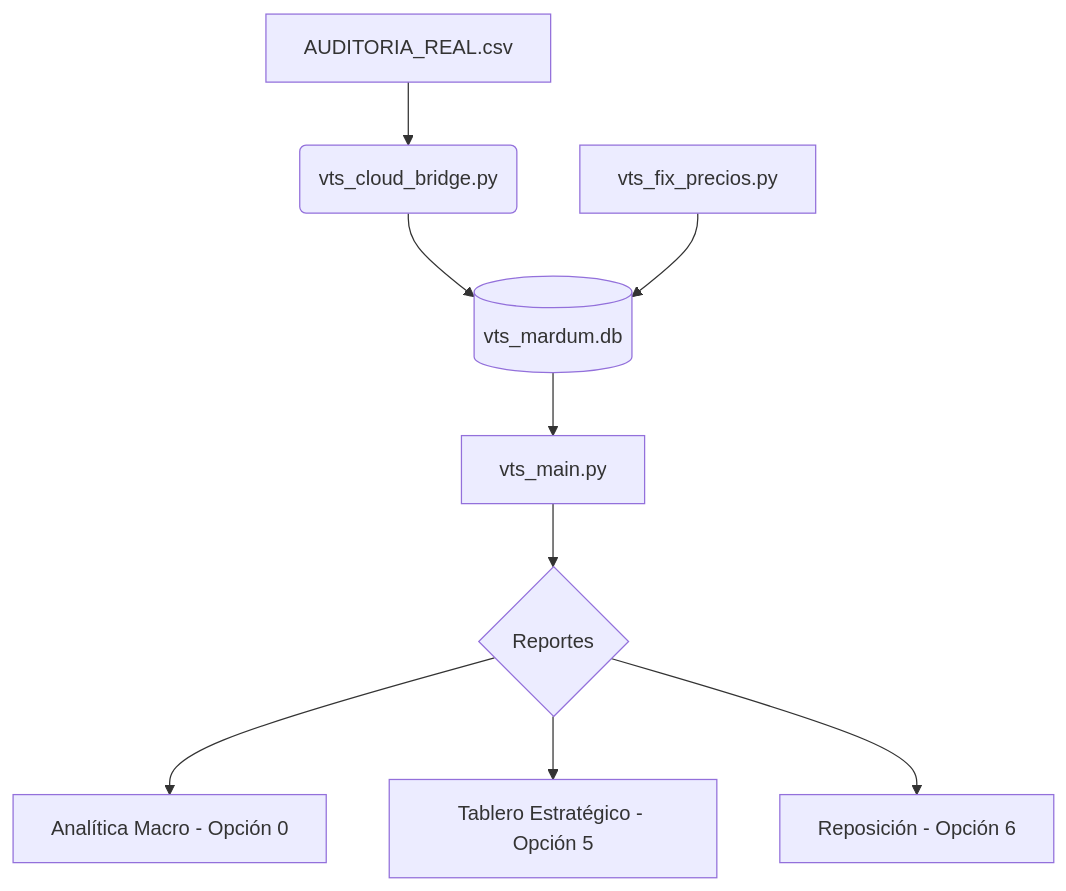
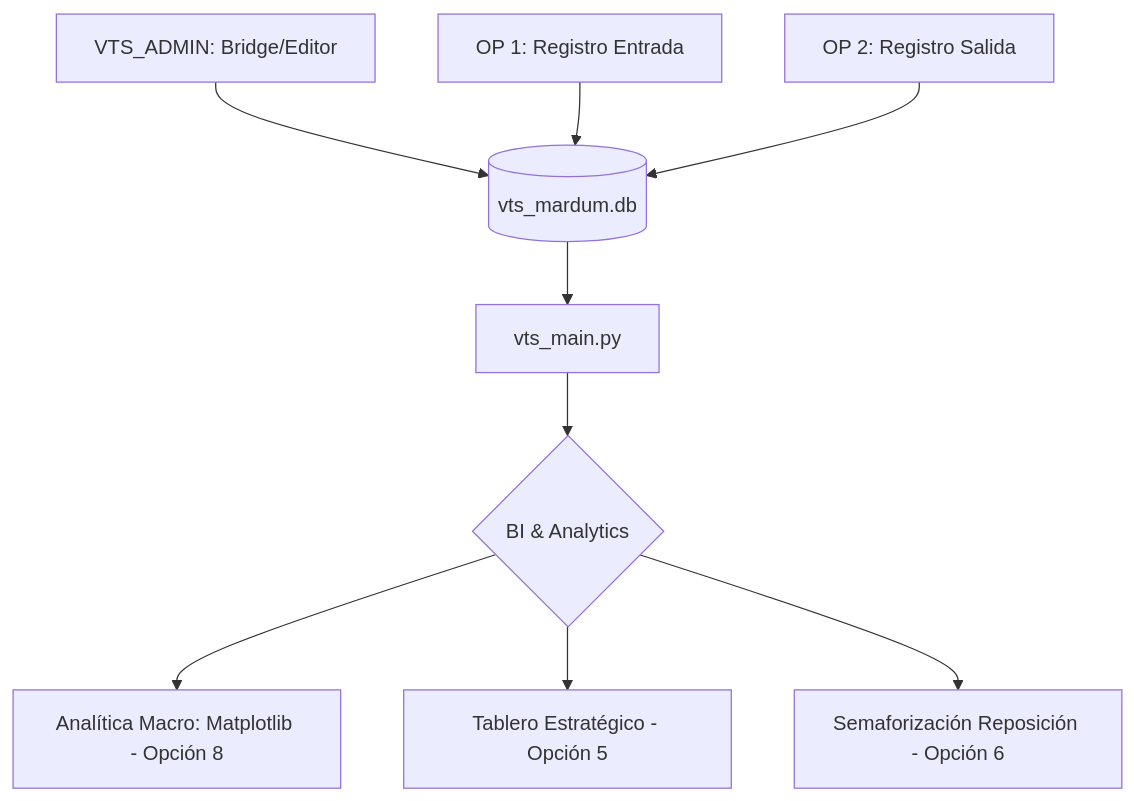
One commit to Iridah/terminal-vts changed the diagram in readme.md. Above: the diagram before and after it, drawn with Mermaid. The commit also changed other lines of this file and 9 other files, not shown here.

````diff
--- a/readme.md
+++ b/readme.md
@@ -37,11 +32,11 @@
 ```mermaid
 graph TD
-    A[AUDITORIA_REAL.csv] --> B(vts_cloud_bridge.py)
-    B --> C[(vts_mardum.db)]
-    D[vts_fix_precios.py] --> C
-    C --> E[vts_main.py]
-    E --> F{Reportes}
-    F --> G[Analítica Macro - Opción 0]
+    A[VTS_ADMIN: Bridge/Editor] --> B[(vts_mardum.db)]
+    C[OP 1: Registro Entrada] --> B
+    D[OP 2: Registro Salida] --> B
+    B --> E[vts_main.py]
+    E --> F{BI & Analytics}
+    F --> G[Analítica Macro: Matplotlib - Opción 8]
     F --> H[Tablero Estratégico - Opción 5]
-    F --> I[Reposición - Opción 6]
+    F --> I[Semaforización Reposición - Opción 6]
 ```
````
